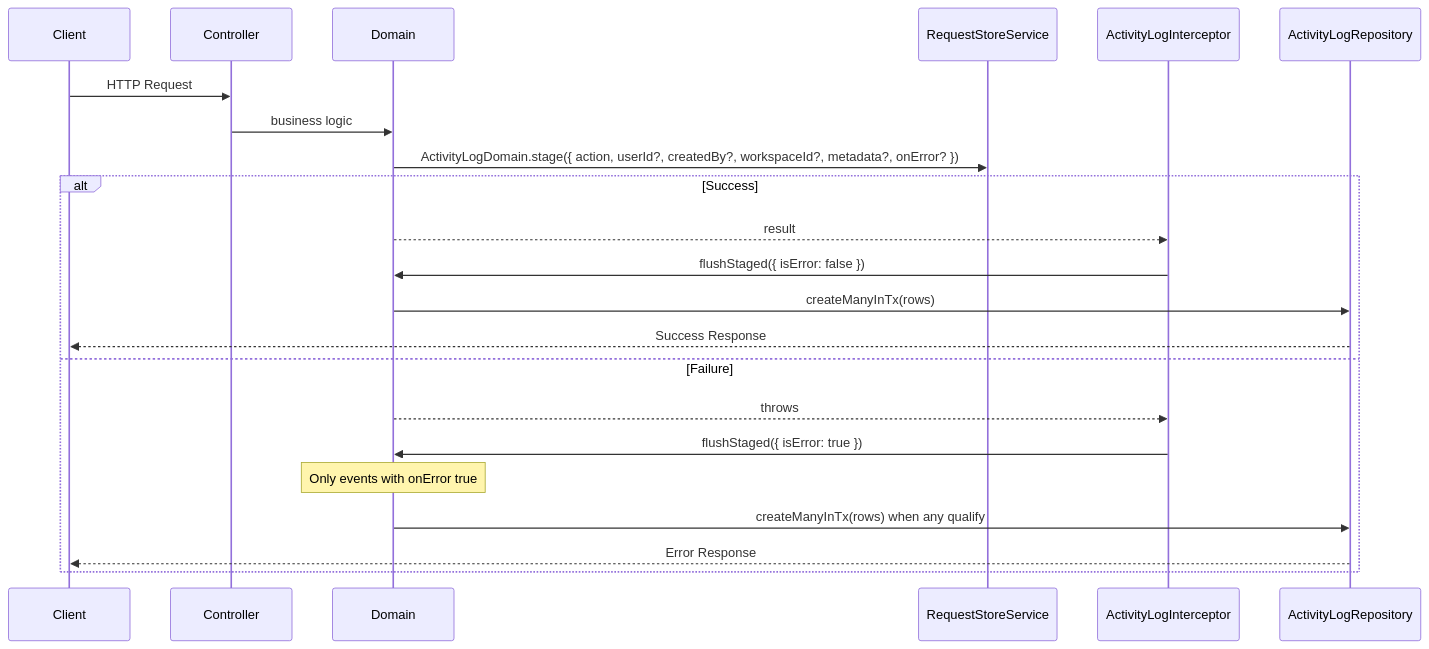
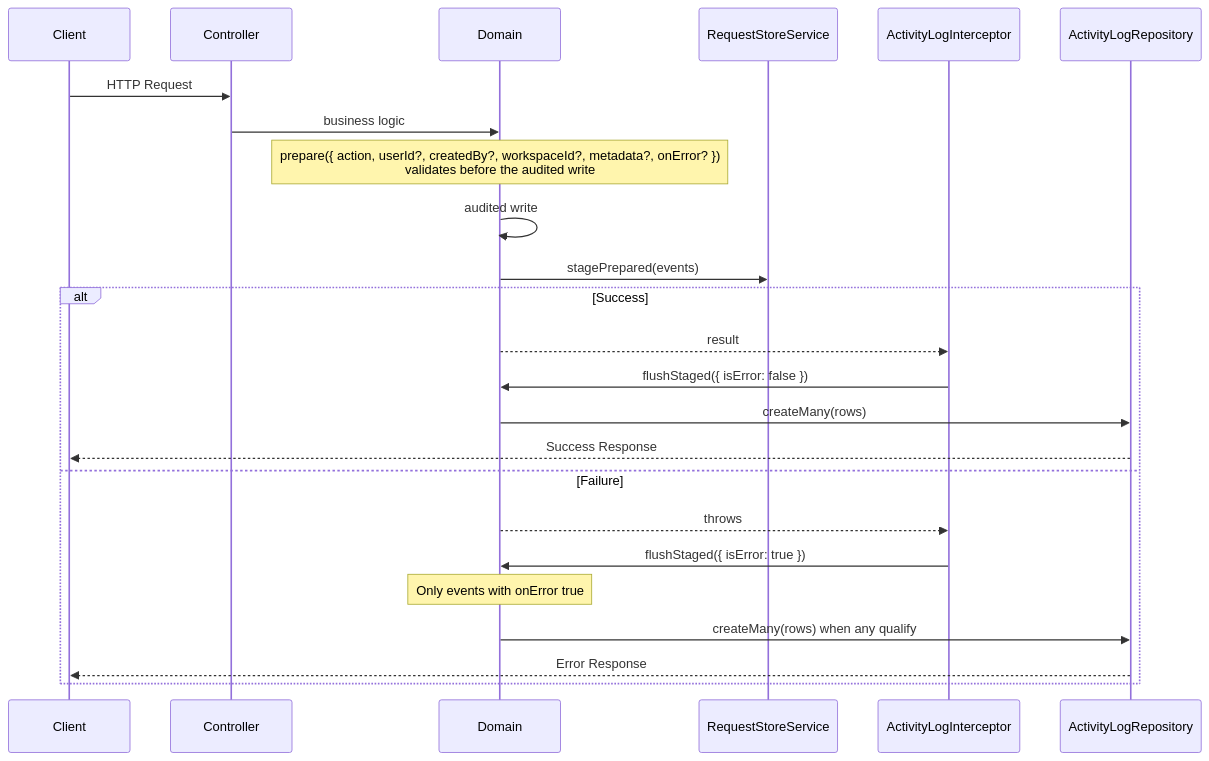
The first of 2 diagrams in docs/activity-log.md (andrechristikan/ack-nestjs-boilerplate), drawn with Mermaid before and after one commit. The commit also changed other lines of this file and 141 other files, not shown here.

````diff
--- a/docs/activity-log.md
+++ b/docs/activity-log.md
@@ -67,25 +68,27 @@
 ```mermaid
 sequenceDiagram
     participant Client
     participant Controller
     participant Domain
     participant Storage as RequestStoreService
     participant Interceptor as ActivityLogInterceptor
     participant Repo as ActivityLogRepository
 
     Client->>Controller: HTTP Request
     Controller->>Domain: business logic
-    Domain->>Storage: ActivityLogDomain.stage({ action, userId?, createdBy?, workspaceId?, metadata?, onError? })
+    Note over Domain: prepare({ action, userId?, createdBy?, workspaceId?, metadata?, onError? })<br/>validates before the audited write
+    Domain->>Domain: audited write
+    Domain->>Storage: stagePrepared(events)
     alt Success
         Domain-->>Interceptor: result
         Interceptor->>Domain: flushStaged({ isError: false })
-        Domain->>Repo: createManyInTx(rows)
+        Domain->>Repo: createMany(rows)
         Repo-->>Client: Success Response
     else Failure
         Domain-->>Interceptor: throws
         Interceptor->>Domain: flushStaged({ isError: true })
         Note over Domain: Only events with onError true
-        Domain->>Repo: createManyInTx(rows) when any qualify
+        Domain->>Repo: createMany(rows) when any qualify
         Repo-->>Client: Error Response
     end
 ```
````
